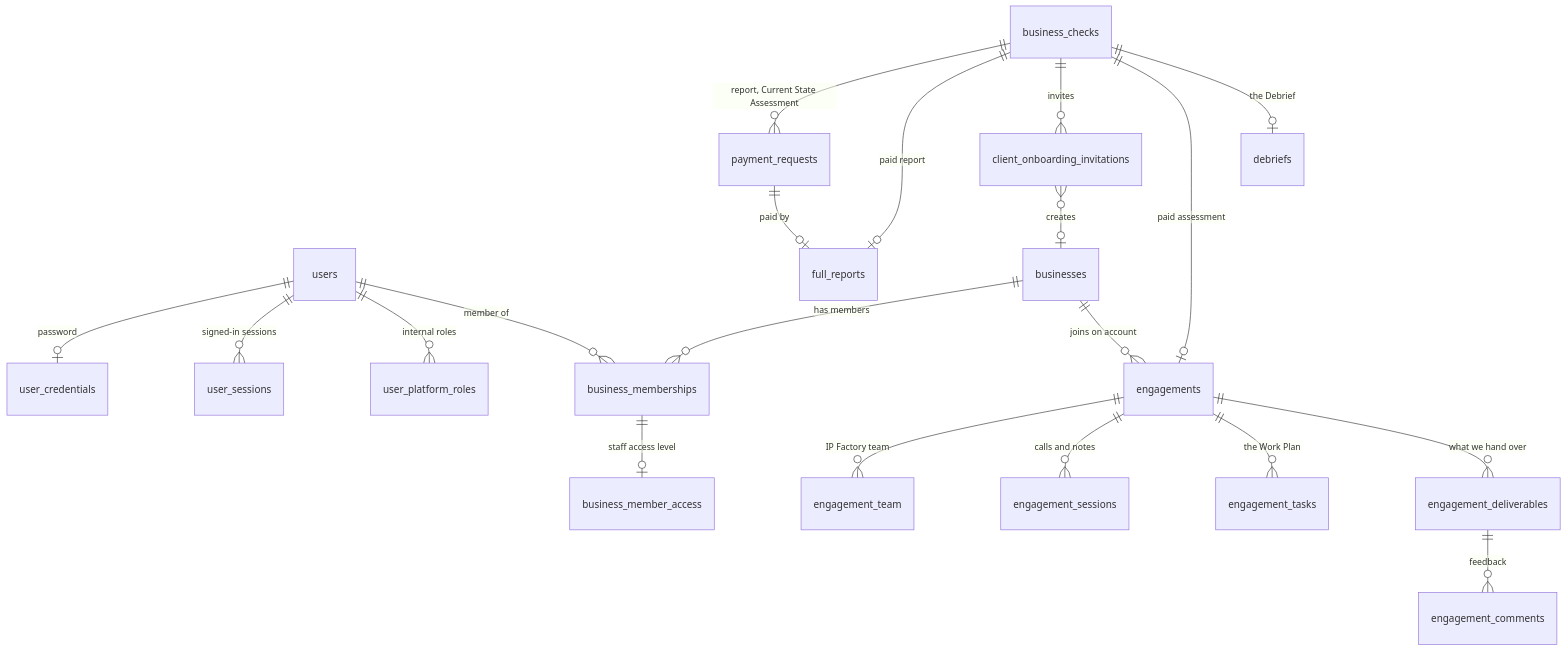
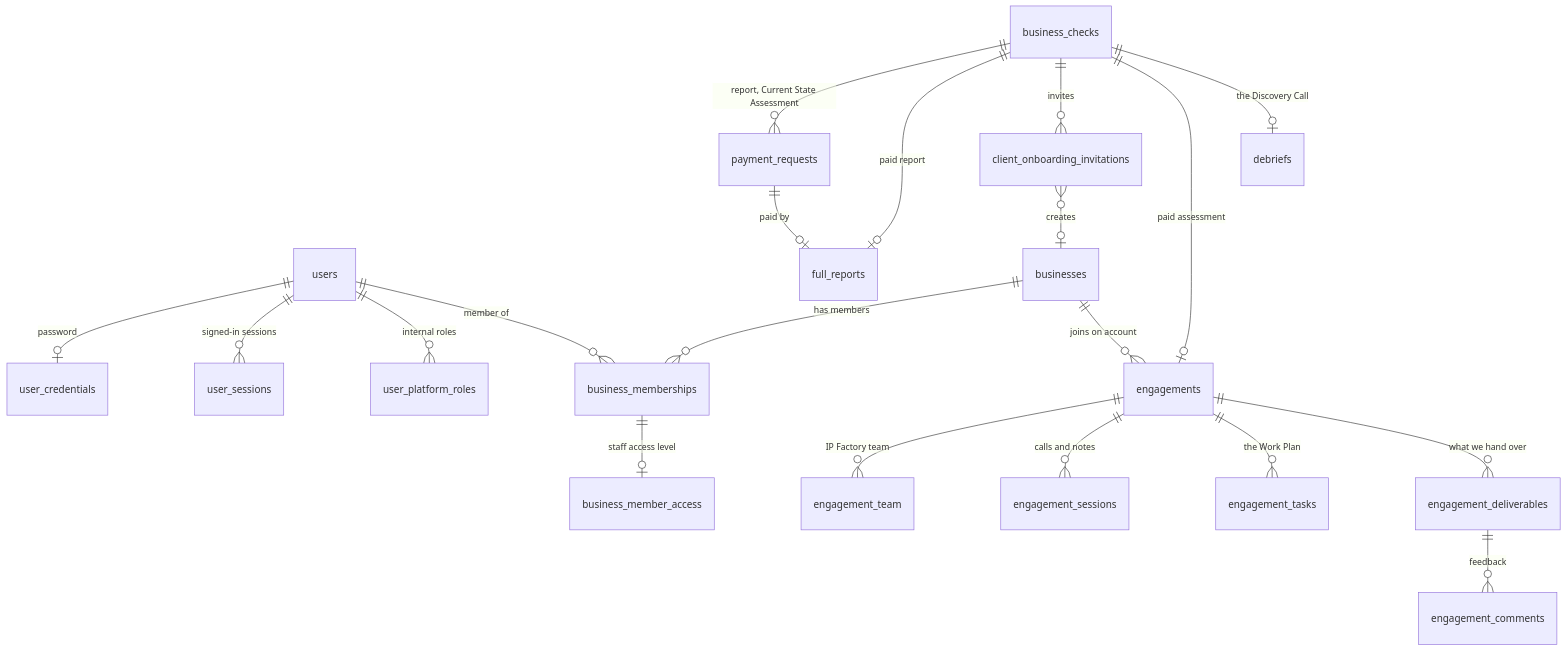
Before and after one commit to IPfactory01/IPF-SME: the diagram in docs/product/05-backend-schema.md, drawn with Mermaid. The commit also changed other lines of this file and 46 other files, not shown here.

First line of the commit message:
Call the free 20-minute call the Discovery Call, not the Debrief

````diff
--- a/docs/product/05-backend-schema.md
+++ b/docs/product/05-backend-schema.md
@@ -12,22 +12,22 @@
 ```mermaid
 erDiagram
   users ||--o| user_credentials : "password"
   users ||--o{ user_sessions : "signed-in sessions"
   users ||--o{ user_platform_roles : "internal roles"
   users ||--o{ business_memberships : "member of"
   businesses ||--o{ business_memberships : "has members"
   business_checks ||--o{ payment_requests : "report, Current State Assessment"
   business_checks ||--o| full_reports : "paid report"
   payment_requests ||--o| full_reports : "paid by"
   business_checks ||--o{ client_onboarding_invitations : "invites"
   client_onboarding_invitations }o--o| businesses : "creates"
   business_checks ||--o| engagements : "paid assessment"
   businesses ||--o{ engagements : "joins on account"
   engagements ||--o{ engagement_team : "IP Factory team"
   engagements ||--o{ engagement_sessions : "calls and notes"
   engagements ||--o{ engagement_tasks : "the Work Plan"
-  business_checks ||--o| debriefs : "the Debrief"
+  business_checks ||--o| debriefs : "the Discovery Call"
   engagements ||--o{ engagement_deliverables : "what we hand over"
   engagement_deliverables ||--o{ engagement_comments : "feedback"
   business_memberships ||--o| business_member_access : "staff access level"
 ```
````
